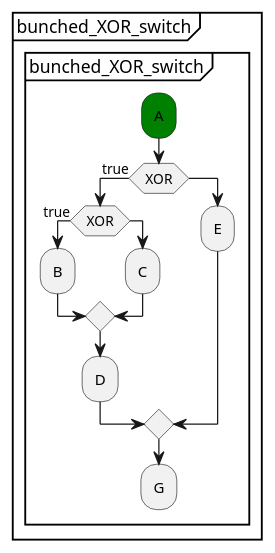
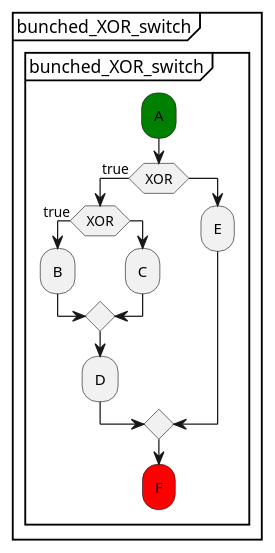
Before and after one commit to xtuml/otel2puml: the diagram in puml_files/bunched_XOR_simple.puml, drawn with PlantUML.

Commit message:
CDSTP-8 Cosmetic chagnes to test case

```diff
--- a/puml_files/bunched_XOR_simple.puml
+++ b/puml_files/bunched_XOR_simple.puml
@@ -1,18 +1,18 @@
 @startuml
 partition "bunched_XOR_switch" {
     group "bunched_XOR_switch"
         #green:A;
         if (XOR) then (true)
             if (XOR) then (true)
                 :B;
             else
                 :C;
             endif
             :D;
         else
             :E;
         endif
-        :G;
+        #red:F;
     end group
 }
 @enduml
```
